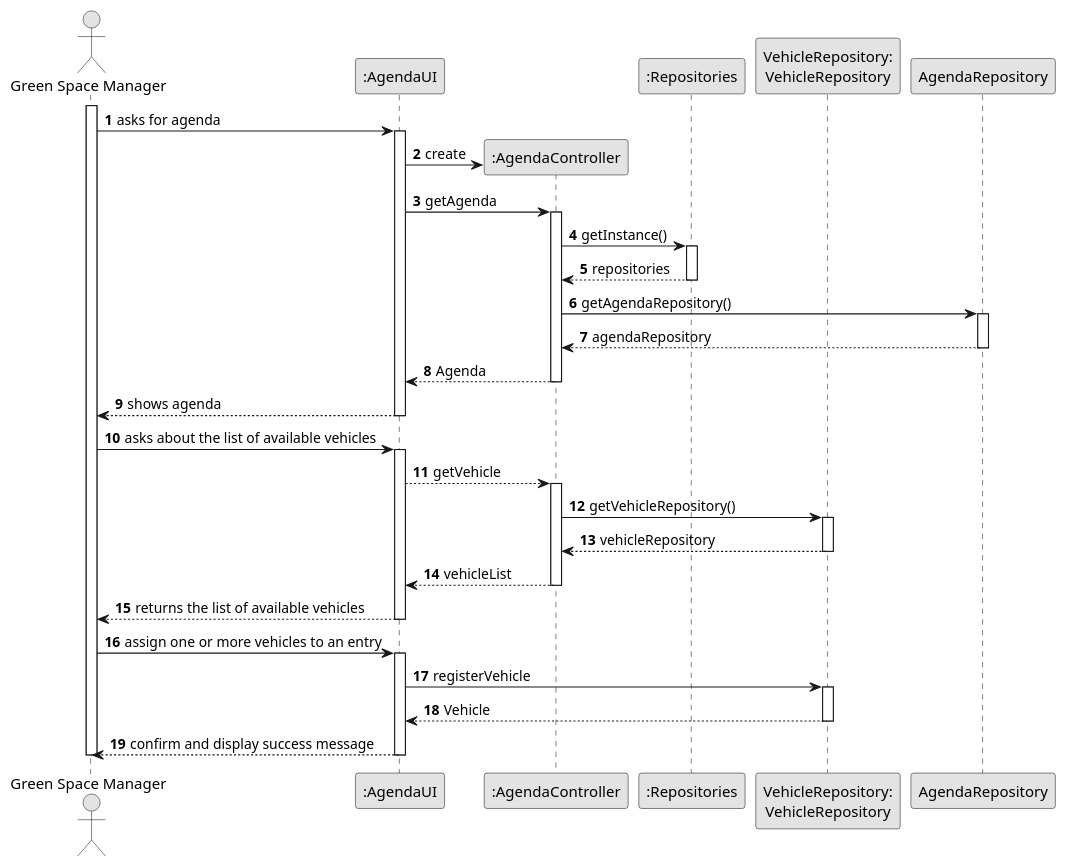
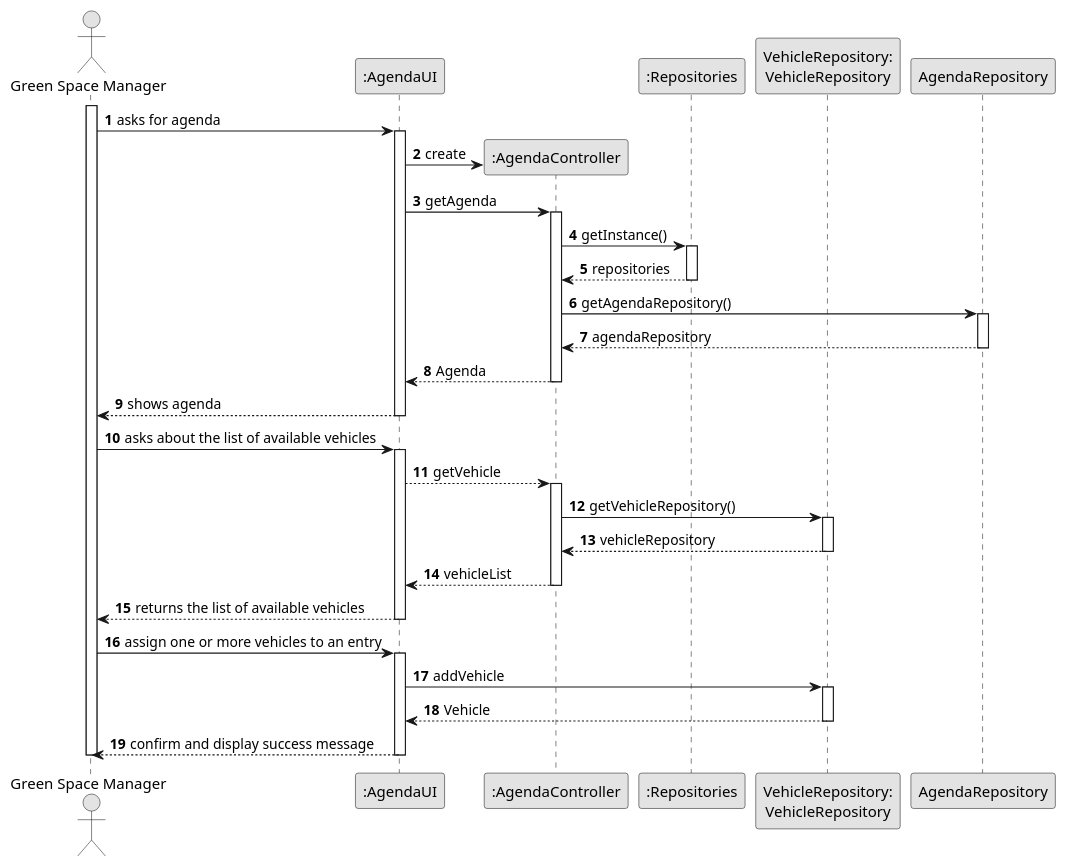
Before and after one commit to Departamento-de-Engenharia-Informatica/lei-24-s2-1dl-g121: the diagram in docs/sprintC/us026/03.design/puml/us026-sequence-diagram-full.puml, drawn with PlantUML. The commit also changed 2 other files, not shown here.

Commit message:
class diagram us24

```diff
--- a/docs/sprintC/us026/03.design/puml/us026-sequence-diagram-full.puml
+++ b/docs/sprintC/us026/03.design/puml/us026-sequence-diagram-full.puml
@@ -1,90 +1,90 @@
 @startuml
 skinparam monochrome true
 skinparam packageStyle rectangle
 skinparam shadowing false
 
 autonumber
 
 'hide footbox
 actor "Green Space Manager" as ADM
 participant ":AgendaUI" as UI
 participant ":AgendaController" as CTRL
 participant ":Repositories" as RepositorySingleton
 participant "VehicleRepository:\nVehicleRepository" as TaskCategoryRepository
 participant "AgendaRepository" as Agenda
 
 
 activate ADM
 
         ADM -> UI : asks for agenda
 
         activate UI
 
 '            UI --> ADM : requests data (reference, description,  informal \n description, technical description, duration, cost)
             'create CTRL
             UI -> CTRL** : create
 
             UI -> CTRL : getAgenda
             activate CTRL
 
                 CTRL -> RepositorySingleton : getInstance()
                 activate RepositorySingleton
 
                     RepositorySingleton --> CTRL: repositories
                 deactivate RepositorySingleton
 
                 CTRL -> Agenda : getAgendaRepository()
                 activate Agenda
 
                     Agenda --> CTRL: agendaRepository
                 deactivate Agenda
 
 
 
                 CTRL --> UI : Agenda
             deactivate CTRL
 
             UI --> ADM : shows agenda
         deactivate UI
 
     ADM -> UI : asks about the list of available vehicles
     activate UI
 
         UI --> CTRL : getVehicle
 
     activate CTRL
 
 
                     CTRL -> TaskCategoryRepository : getVehicleRepository()
                     activate TaskCategoryRepository
 
                         TaskCategoryRepository --> CTRL: vehicleRepository
                     deactivate TaskCategoryRepository
 
 
 
                     CTRL --> UI : vehicleList
                 deactivate CTRL
 
         UI --> ADM : returns the list of available vehicles
     deactivate UI
 
     ADM -> UI : assign one or more vehicles to an entry
     activate UI
 
-    UI -> TaskCategoryRepository : registerVehicle
+    UI -> TaskCategoryRepository : addVehicle
 
         activate TaskCategoryRepository
 
         TaskCategoryRepository --> UI : Vehicle
 
 
         deactivate  TaskCategoryRepository
 
             deactivate CTRL
             UI --> ADM:  confirm and display success message
     deactivate UI
 
 deactivate ADM
 
 @enduml
```
